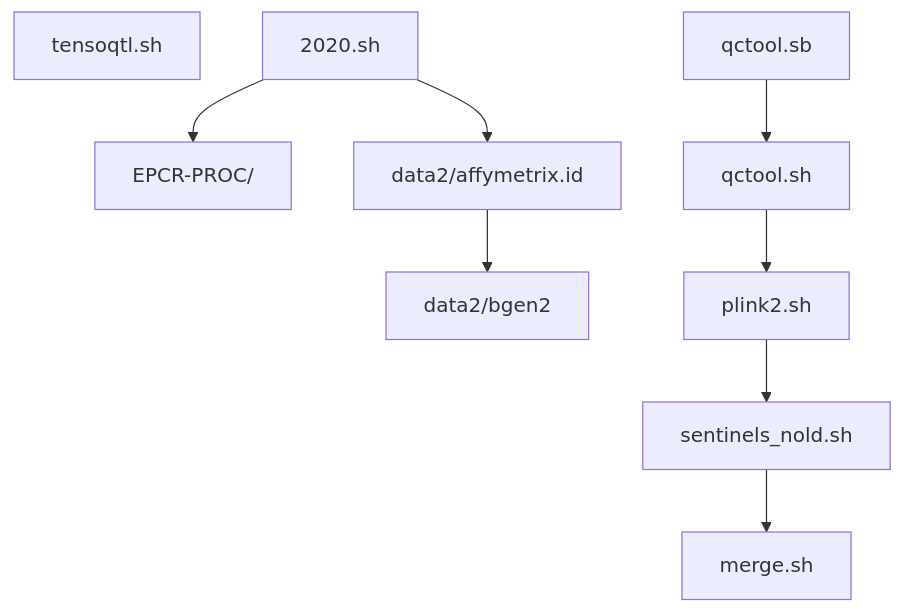
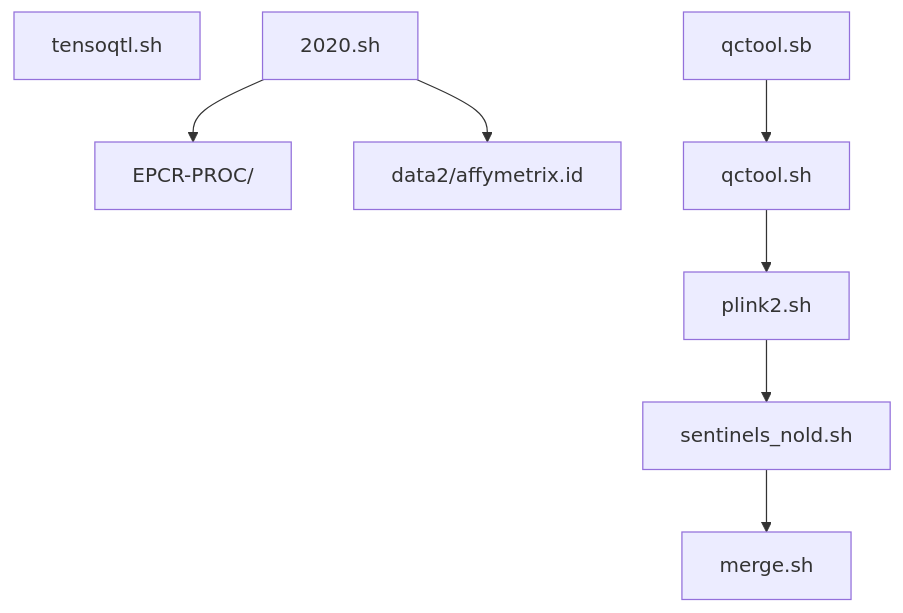
One commit to jinghuazhao/Caprion changed the first of 2 diagrams in docs/README.md. Above: the diagram before and after it, drawn with Mermaid.

````diff
--- a/docs/README.md
+++ b/docs/README.md
@@ -40,11 +40,10 @@
 ```mermaid
 graph TB;
 tensoqtl.sh
 2020.sh --> EPCR-PROC/
 2020.sh --> data2/affymetrix.id
-data2/affymetrix.id  --> data2/bgen2
 qctool.sb --> qctool.sh
 qctool.sh --> plink2.sh
 plink2.sh --> sentinels_nold.sh
 sentinels_nold.sh --> merge.sh
 ```
````
